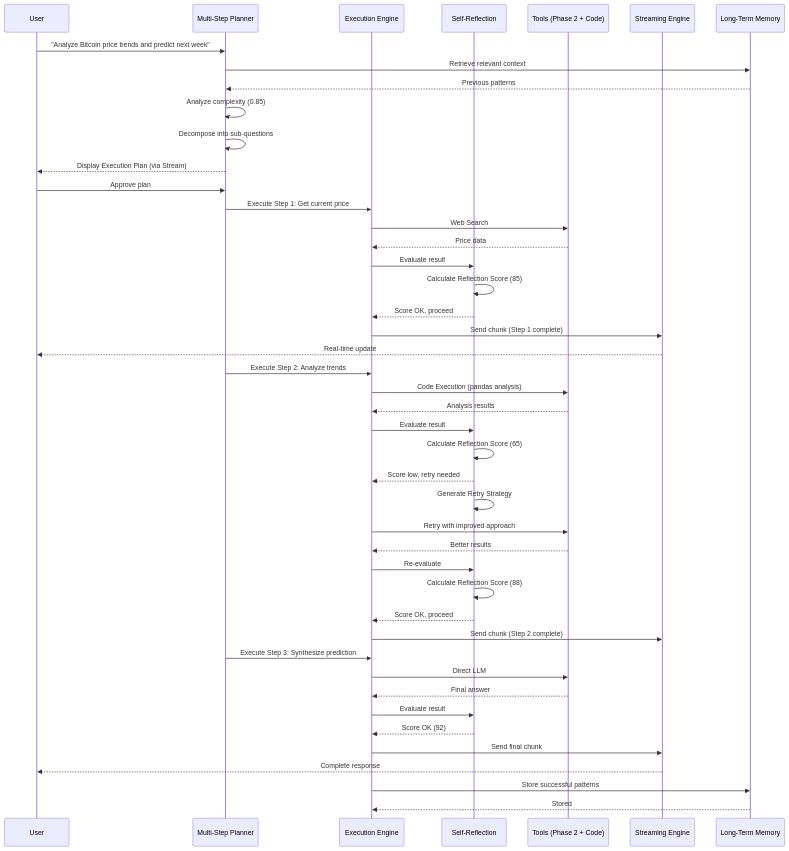
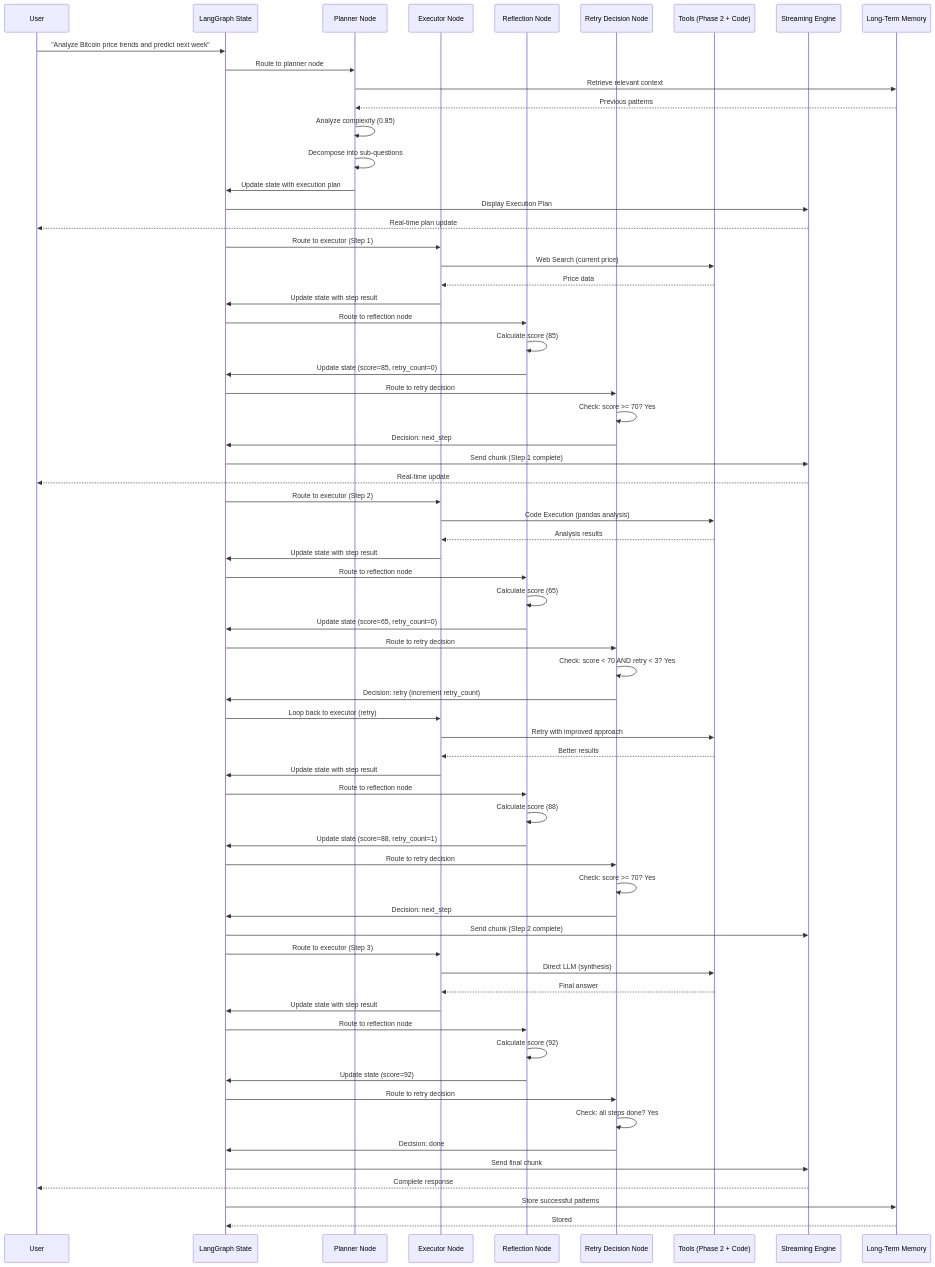
One commit to DTin01603/AI_project changed the second of 3 diagrams in Architecture/plans/advanced-agent/design.md. Above: the diagram before and after it, drawn with Mermaid. The commit also changed other lines of this file and 3 other files, not shown here.

````diff
--- a/Architecture/plans/advanced-agent/design.md
+++ b/Architecture/plans/advanced-agent/design.md
@@ -100,52 +117,73 @@
 ```mermaid
 sequenceDiagram
     participant U as User
-    participant MSP as Multi-Step Planner
-    participant Exec as Execution Engine
-    participant SR as Self-Reflection
+    participant LG as LangGraph State
+    participant Planner as Planner Node
+    participant Executor as Executor Node
+    participant Reflection as Reflection Node
+    participant Retry as Retry Decision Node
     participant Tools as Tools (Phase 2 + Code)
     participant Stream as Streaming Engine
     participant LTM as Long-Term Memory
     
-    U->>MSP: "Analyze Bitcoin price trends and predict next week"
-    MSP->>LTM: Retrieve relevant context
-    LTM-->>MSP: Previous patterns
-    MSP->>MSP: Analyze complexity (0.85)
-    MSP->>MSP: Decompose into sub-questions
-    MSP-->>U: Display Execution Plan (via Stream)
-    U->>MSP: Approve plan
+    U->>LG: "Analyze Bitcoin price trends and predict next week"
+    LG->>Planner: Route to planner node
+    Planner->>LTM: Retrieve relevant context
+    LTM-->>Planner: Previous patterns
+    Planner->>Planner: Analyze complexity (0.85)
+    Planner->>Planner: Decompose into sub-questions
+    Planner->>LG: Update state with execution plan
+    LG->>Stream: Display Execution Plan
+    Stream-->>U: Real-time plan update
     
-    MSP->>Exec: Execute Step 1: Get current price
-    Exec->>Tools: Web Search
-    Tools-->>Exec: Price data
-    Exec->>SR: Evaluate result
-    SR->>SR: Calculate Reflection Score (85)
-    SR-->>Exec: Score OK, proceed
-    Exec->>Stream: Send chunk (Step 1 complete)
+    LG->>Executor: Route to executor (Step 1)
+    Executor->>Tools: Web Search (current price)
+    Tools-->>Executor: Price data
+    Executor->>LG: Update state with step result
+    LG->>Reflection: Route to reflection node
+    Reflection->>Reflection: Calculate score (85)
+    Reflection->>LG: Update state (score=85, retry_count=0)
+    LG->>Retry: Route to retry decision
+    Retry->>Retry: Check: score >= 70? Yes
+    Retry->>LG: Decision: next_step
+    LG->>Stream: Send chunk (Step 1 complete)
     Stream-->>U: Real-time update
     
-    MSP->>Exec: Execute Step 2: Analyze trends
-    Exec->>Tools: Code Execution (pandas analysis)
-    Tools-->>Exec: Analysis results
-    Exec->>SR: Evaluate result
-    SR->>SR: Calculate Reflection Score (65)
-    SR-->>Exec: Score low, retry needed
-    SR->>SR: Generate Retry Strategy
-    Exec->>Tools: Retry with improved approach
-    Tools-->>Exec: Better results
-    Exec->>SR: Re-evaluate
-    SR->>SR: Calculate Reflection Score (88)
-    SR-->>Exec: Score OK, proceed
-    Exec->>Stream: Send chunk (Step 2 complete)
+    LG->>Executor: Route to executor (Step 2)
+    Executor->>Tools: Code Execution (pandas analysis)
+    Tools-->>Executor: Analysis results
+    Executor->>LG: Update state with step result
+    LG->>Reflection: Route to reflection node
+    Reflection->>Reflection: Calculate score (65)
+    Reflection->>LG: Update state (score=65, retry_count=0)
+    LG->>Retry: Route to retry decision
+    Retry->>Retry: Check: score < 70 AND retry < 3? Yes
+    Retry->>LG: Decision: retry (increment retry_count)
+    LG->>Executor: Loop back to executor (retry)
+    Executor->>Tools: Retry with improved approach
+    Tools-->>Executor: Better results
+    Executor->>LG: Update state with step result
+    LG->>Reflection: Route to reflection node
+    Reflection->>Reflection: Calculate score (88)
+    Reflection->>LG: Update state (score=88, retry_count=1)
+    LG->>Retry: Route to retry decision
+    Retry->>Retry: Check: score >= 70? Yes
+    Retry->>LG: Decision: next_step
+    LG->>Stream: Send chunk (Step 2 complete)
     
-    MSP->>Exec: Execute Step 3: Synthesize prediction
-    Exec->>Tools: Direct LLM
-    Tools-->>Exec: Final answer
-    Exec->>SR: Evaluate result
-    SR-->>Exec: Score OK (92)
-    Exec->>Stream: Send final chunk
+    LG->>Executor: Route to executor (Step 3)
+    Executor->>Tools: Direct LLM (synthesis)
+    Tools-->>Executor: Final answer
+    Executor->>LG: Update state with step result
+    LG->>Reflection: Route to reflection node
+    Reflection->>Reflection: Calculate score (92)
+    Reflection->>LG: Update state (score=92)
+    LG->>Retry: Route to retry decision
+    Retry->>Retry: Check: all steps done? Yes
+    Retry->>LG: Decision: done
+    LG->>Stream: Send final chunk
     Stream-->>U: Complete response
     
-    Exec->>LTM: Store successful patterns
-    LTM-->>Exec: Stored
+    LG->>LTM: Store successful patterns
+    LTM-->>LG: Stored
 ```
````
